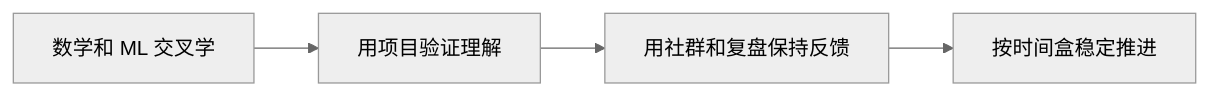
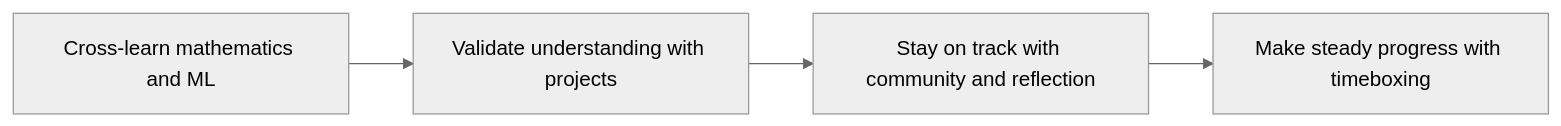
The diagram in docs/intro/learning-strategy.md (oudbiao/AI-fullstack-course), drawn with Mermaid (neutral theme) before and after one commit. The commit also changed other lines of this file and 1406 other files, not shown here.

````diff
--- a/docs/intro/learning-strategy.md
+++ b/docs/intro/learning-strategy.md
@@ -16,6 +16,6 @@
 ```mermaid
 flowchart LR
-  A["数学和 ML 交叉学"] --> B["用项目验证理解"]
-  B --> C["用社群和复盘保持反馈"]
-  C --> D["按时间盒稳定推进"]
+  A["Cross-learn mathematics and ML"] --> B["Validate understanding with projects"]
+  B --> C["Stay on track with community and reflection"]
+  C --> D["Make steady progress with timeboxing"]
 ```
````
